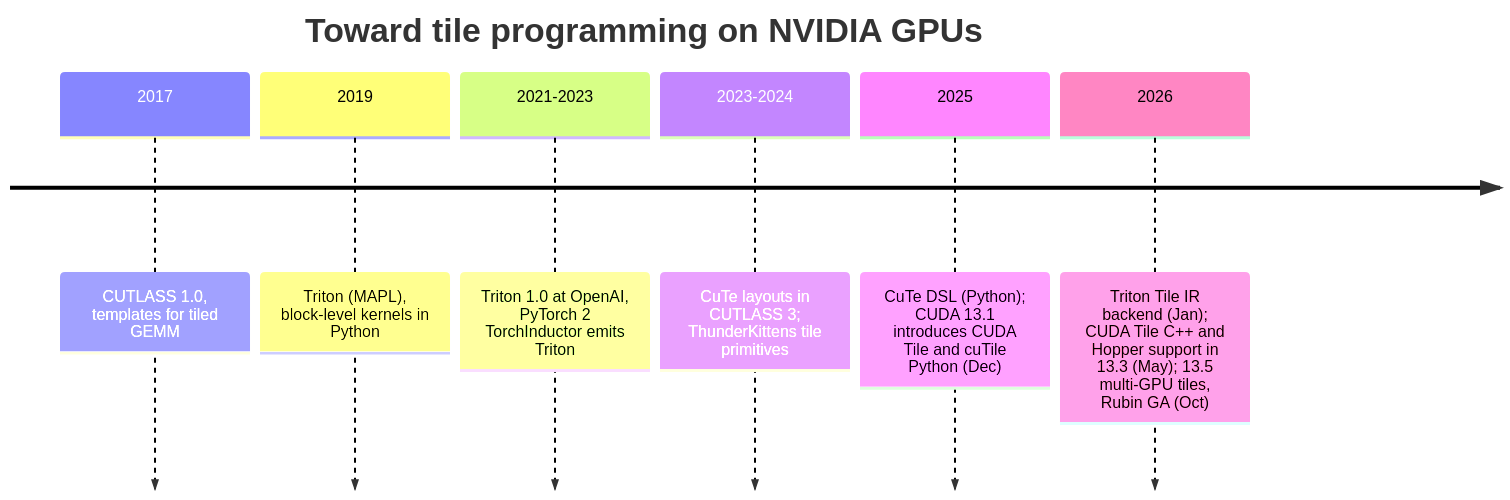
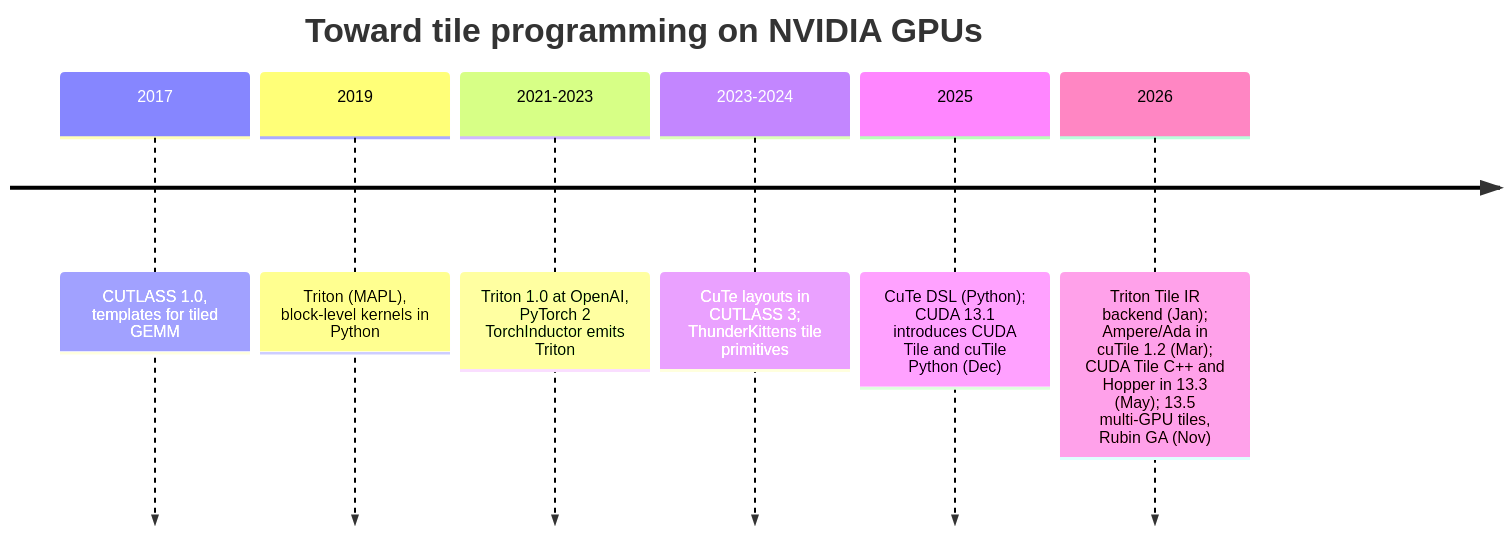
One commit to ImRuliad/Library-of-Alexandria changed the second of 3 diagrams in GPU Programming/Compilers & Languages/CUDA Tile and cuTile/CUDA Tile and cuTile.md. Above: the diagram before and after it, drawn with Mermaid. The commit also changed other lines of this file, not shown here.

Commit message:
CUDA Tile and cuTile: fact-check pass (status: complete)

````diff
--- a/GPU Programming/Compilers & Languages/CUDA Tile and cuTile/CUDA Tile and cuTile.md
+++ b/GPU Programming/Compilers & Languages/CUDA Tile and cuTile/CUDA Tile and cuTile.md
@@ -116,10 +117,10 @@
 ```mermaid
 timeline
     title Toward tile programming on NVIDIA GPUs
     2017 : CUTLASS 1.0, templates for tiled GEMM
     2019 : Triton (MAPL), block-level kernels in Python
     2021-2023 : Triton 1.0 at OpenAI, PyTorch 2 TorchInductor emits Triton
     2023-2024 : CuTe layouts in CUTLASS 3; ThunderKittens tile primitives
     2025 : CuTe DSL (Python); CUDA 13.1 introduces CUDA Tile and cuTile Python (Dec)
-    2026 : Triton Tile IR backend (Jan); CUDA Tile C++ and Hopper support in 13.3 (May); 13.5 multi-GPU tiles, Rubin GA (Oct)
+    2026 : Triton Tile IR backend (Jan); Ampere/Ada in cuTile 1.2 (Mar); CUDA Tile C++ and Hopper in 13.3 (May); 13.5 multi-GPU tiles, Rubin GA (Nov)
 ```
````
